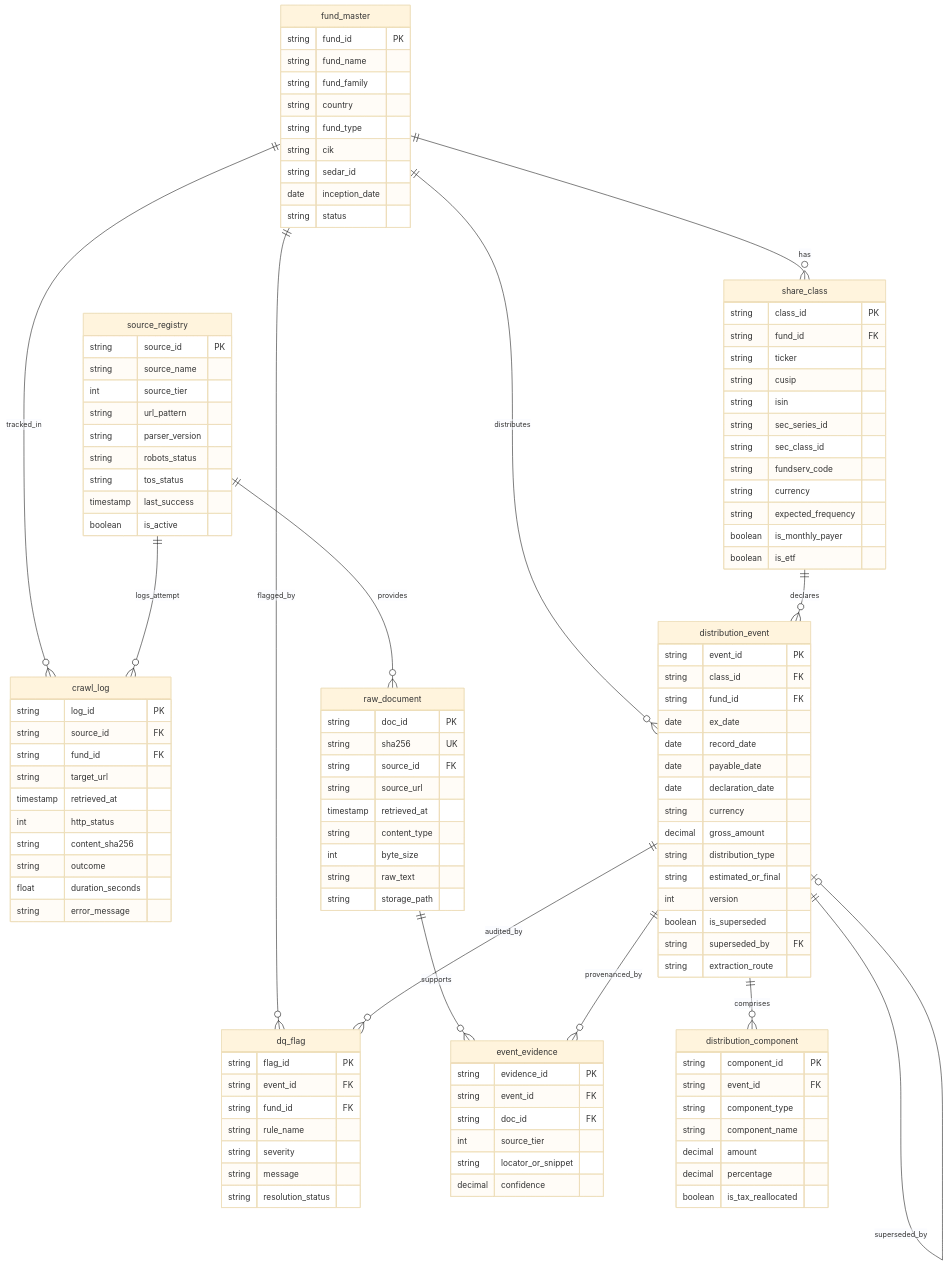
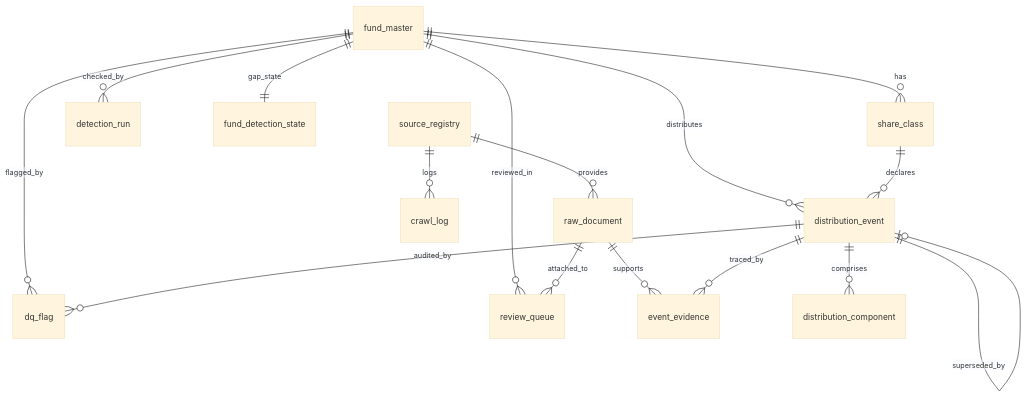
Before and after one commit to chaitanya893/DPA_Assignment2: the diagram in docs/schema_diagram.md, drawn with Mermaid (base theme). The commit also changed other lines of this file and 86 other files, not shown here.

````diff
--- a/docs/schema_diagram.md
+++ b/docs/schema_diagram.md
@@ -5,130 +6,18 @@
 ```mermaid
 erDiagram
-    fund_master ||--o{ share_class : "has"
-    fund_master ||--o{ crawl_log : "tracked_in"
-    fund_master ||--o{ distribution_event : "distributes"
-    fund_master ||--o{ dq_flag : "flagged_by"
-
-    share_class ||--o{ distribution_event : "declares"
-
-    source_registry ||--o{ crawl_log : "logs_attempt"
-    source_registry ||--o{ raw_document : "provides"
-
-    raw_document ||--o{ event_evidence : "supports"
-
-    distribution_event ||--o{ distribution_component : "comprises"
-    distribution_event ||--o{ event_evidence : "provenanced_by"
-    distribution_event ||--o{ dq_flag : "audited_by"
-    distribution_event ||--o| distribution_event : "superseded_by"
-
-    fund_master {
-        string fund_id PK
-        string fund_name
-        string fund_family
-        string country
-        string fund_type
-        string cik
-        string sedar_id
-        date inception_date
-        string status
-    }
-
-    share_class {
-        string class_id PK
-        string fund_id FK
-        string ticker
-        string cusip
-        string isin
-        string sec_series_id
-        string sec_class_id
-        string fundserv_code
-        string currency
-        string expected_frequency
-        boolean is_monthly_payer
-        boolean is_etf
-    }
-
-    source_registry {
-        string source_id PK
-        string source_name
-        int source_tier
-        string url_pattern
-        string parser_version
-        string robots_status
-        string tos_status
-        timestamp last_success
-        boolean is_active
-    }
-
-    crawl_log {
-        string log_id PK
-        string source_id FK
-        string fund_id FK
-        string target_url
-        timestamp retrieved_at
-        int http_status
-        string content_sha256
-        string outcome
-        float duration_seconds
-        string error_message
-    }
-
-    raw_document {
-        string doc_id PK
-        string sha256 UK
-        string source_id FK
-        string source_url
-        timestamp retrieved_at
-        string content_type
-        int byte_size
-        string raw_text
-        string storage_path
-    }
-
-    distribution_event {
-        string event_id PK
-        string class_id FK
-        string fund_id FK
-        date ex_date
-        date record_date
-        date payable_date
-        date declaration_date
-        string currency
-        decimal gross_amount
-        string distribution_type
-        string estimated_or_final
-        int version
-        boolean is_superseded
-        string superseded_by FK
-        string extraction_route
-    }
-
-    distribution_component {
-        string component_id PK
-        string event_id FK
-        string component_type
-        string component_name
-        decimal amount
-        decimal percentage
-        boolean is_tax_reallocated
-    }
-
-    event_evidence {
-        string evidence_id PK
-        string event_id FK
-        string doc_id FK
-        int source_tier
-        string locator_or_snippet
-        decimal confidence
-    }
-
-    dq_flag {
-        string flag_id PK
-        string event_id FK
-        string fund_id FK
-        string rule_name
-        string severity
-        string message
-        string resolution_status
-    }
+    fund_master ||--o{ share_class : has
+    fund_master ||--o{ distribution_event : distributes
+    fund_master ||--o{ dq_flag : flagged_by
+    fund_master ||--o{ detection_run : checked_by
+    fund_master ||--|| fund_detection_state : gap_state
+    fund_master ||--o{ review_queue : reviewed_in
+    share_class ||--o{ distribution_event : declares
+    source_registry ||--o{ crawl_log : logs
+    source_registry ||--o{ raw_document : provides
+    raw_document ||--o{ event_evidence : supports
+    raw_document ||--o{ review_queue : attached_to
+    distribution_event ||--o{ distribution_component : comprises
+    distribution_event ||--o{ event_evidence : traced_by
+    distribution_event ||--o{ dq_flag : audited_by
+    distribution_event ||--o| distribution_event : superseded_by
 ```
````
